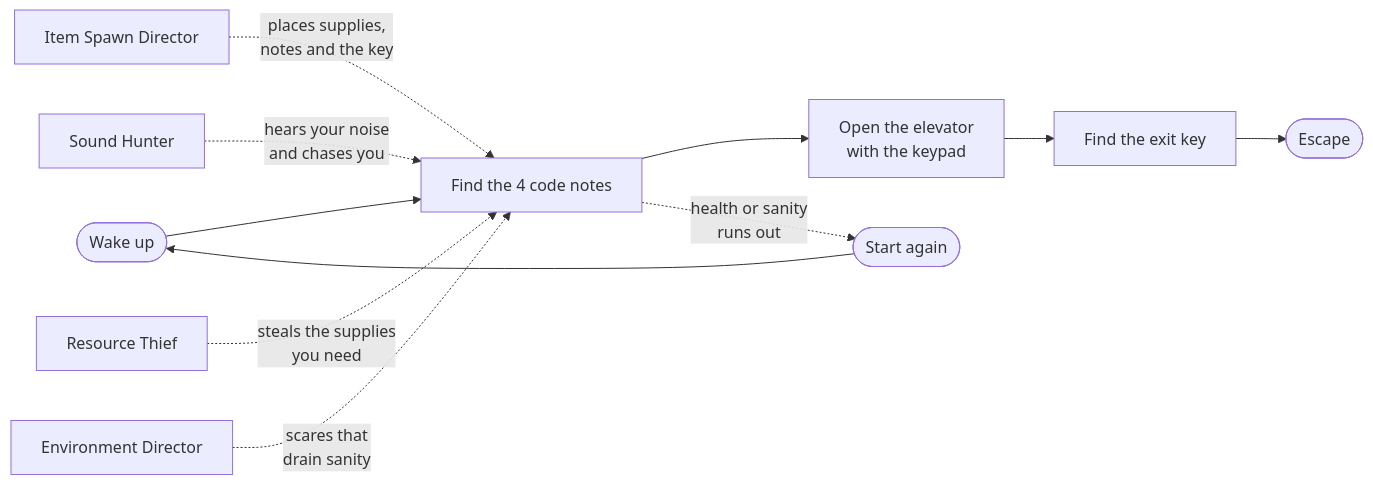
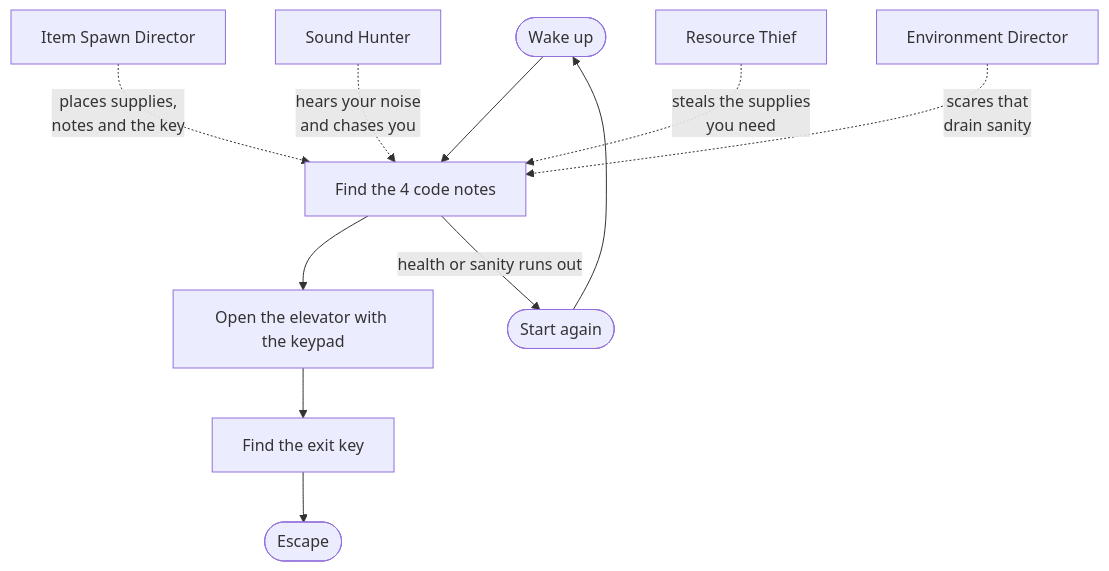
Before and after one commit to it24103457/Haunted-Hospital: the first of 3 diagrams in README.md, drawn with Mermaid. The commit also changed other lines of this file and 2 other files, not shown here.

Commit message:
docs: centre enemy animations, align contents, start the gameplay graph at wake up

````diff
--- a/README.md
+++ b/README.md
@@ -63,15 +53,15 @@
 ```mermaid
-flowchart LR
+flowchart TB
     A([Wake up]) --> B[Find the 4 code notes]
-    B --> C[Open the elevator<br>with the keypad]
+    B --> C[Open the elevator with the keypad]
     C --> D[Find the exit key]
     D --> E([Escape])
 
     ISD[Item Spawn Director] -. places supplies,<br>notes and the key .-> B
     H[Sound Hunter] -. hears your noise<br>and chases you .-> B
     T[Resource Thief] -. steals the supplies<br>you need .-> B
     ED[Environment Director] -. scares that<br>drain sanity .-> B
 
-    B -. health or sanity<br>runs out .-> R([Start again])
+    B -- health or sanity runs out --> R([Start again])
     R --> A
 ```
````
